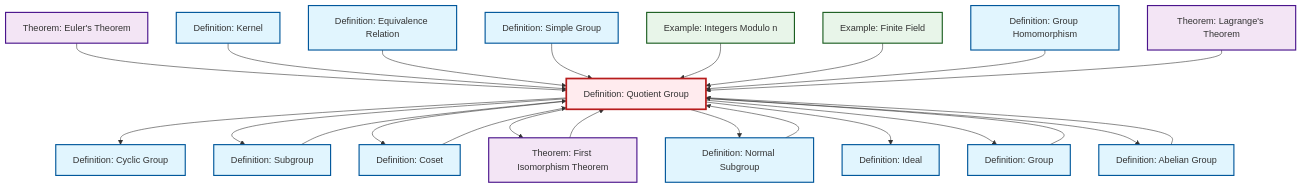
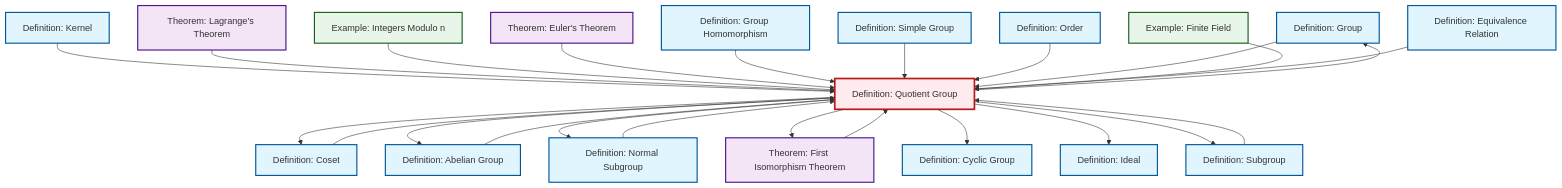
Before and after one commit to RK0429/ModernMath: the diagram in content/ja/algebra/def-quotient-group.qmd, drawn with Mermaid. The commit also changed other lines of this file and 36 other files, not shown here.

````diff
--- a/content/ja/algebra/def-quotient-group.qmd
+++ b/content/ja/algebra/def-quotient-group.qmd
@@ -146,65 +147,68 @@
 ```{mermaid}
 %%| fig-cap: "Local dependency graph"
 graph TD
     classDef definition fill:#e1f5fe,stroke:#01579b,stroke-width:2px
     classDef theorem fill:#f3e5f5,stroke:#4a148c,stroke-width:2px
     classDef axiom fill:#fff3e0,stroke:#e65100,stroke-width:2px
     classDef example fill:#e8f5e9,stroke:#1b5e20,stroke-width:2px
     classDef current fill:#ffebee,stroke:#b71c1c,stroke-width:3px
-    def-quotient-group["Definition: Quotient Group"]:::definition
-    ex-finite-field["Example: Finite Field"]:::example
-    def-kernel["Definition: Kernel"]:::definition
     def-ideal["Definition: Ideal"]:::definition
-    def-abelian-group["Definition: Abelian Group"]:::definition
-    def-subgroup["Definition: Subgroup"]:::definition
-    def-simple-group["Definition: Simple Group"]:::definition
-    def-cyclic-group["Definition: Cyclic Group"]:::definition
-    thm-euler["Theorem: Euler's Theorem"]:::theorem
+    def-group["Definition: Group"]:::definition
     ex-quotient-integers-mod-n["Example: Integers Modulo n"]:::example
-    def-group["Definition: Group"]:::definition
-    def-equivalence-relation["Definition: Equivalence Relation"]:::definition
-    def-normal-subgroup["Definition: Normal Subgroup"]:::definition
     def-homomorphism["Definition: Group Homomorphism"]:::definition
     def-coset["Definition: Coset"]:::definition
+    def-cyclic-group["Definition: Cyclic Group"]:::definition
+    thm-first-isomorphism["Theorem: First Isomorphism Theorem"]:::theorem
+    def-equivalence-relation["Definition: Equivalence Relation"]:::definition
+    def-quotient-group["Definition: Quotient Group"]:::definition
+    thm-euler["Theorem: Euler's Theorem"]:::theorem
+    def-subgroup["Definition: Subgroup"]:::definition
     thm-lagrange["Theorem: Lagrange's Theorem"]:::theorem
-    thm-first-isomorphism["Theorem: First Isomorphism Theorem"]:::theorem
+    def-order["Definition: Order"]:::definition
+    def-simple-group["Definition: Simple Group"]:::definition
+    def-kernel["Definition: Kernel"]:::definition
+    def-abelian-group["Definition: Abelian Group"]:::definition
+    ex-finite-field["Example: Finite Field"]:::example
+    def-normal-subgroup["Definition: Normal Subgroup"]:::definition
+    def-quotient-group --> def-coset
+    def-quotient-group --> def-abelian-group
+    def-kernel --> def-quotient-group
+    def-subgroup --> def-quotient-group
+    def-quotient-group --> def-normal-subgroup
+    thm-lagrange --> def-quotient-group
+    def-quotient-group --> thm-first-isomorphism
+    ex-quotient-integers-mod-n --> def-quotient-group
+    thm-euler --> def-quotient-group
+    def-homomorphism --> def-quotient-group
+    def-normal-subgroup --> def-quotient-group
+    def-simple-group --> def-quotient-group
+    def-order --> def-quotient-group
+    def-group --> def-quotient-group
+    ex-finite-field --> def-quotient-group
     def-coset --> def-quotient-group
     def-quotient-group --> def-cyclic-group
+    def-equivalence-relation --> def-quotient-group
+    def-quotient-group --> def-ideal
+    def-abelian-group --> def-quotient-group
+    def-quotient-group --> def-group
     def-quotient-group --> def-subgroup
-    thm-euler --> def-quotient-group
-    def-group --> def-quotient-group
-    def-quotient-group --> def-coset
-    def-quotient-group --> thm-first-isomorphism
-    def-subgroup --> def-quotient-group
     thm-first-isomorphism --> def-quotient-group
-    def-kernel --> def-quotient-group
-    def-equivalence-relation --> def-quotient-group
-    def-quotient-group --> def-normal-subgroup
-    def-simple-group --> def-quotient-group
-    ex-quotient-integers-mod-n --> def-quotient-group
-    def-quotient-group --> def-ideal
-    def-quotient-group --> def-group
-    ex-finite-field --> def-quotient-group
-    def-abelian-group --> def-quotient-group
-    def-quotient-group --> def-abelian-group
-    def-homomorphism --> def-quotient-group
-    def-normal-subgroup --> def-quotient-group
-    thm-lagrange --> def-quotient-group
     class def-quotient-group current
-    click ex-finite-field "ex-finite-field.html" "Example: Finite Fieldへ"
-    click def-kernel "def-kernel.html" "Definition: Kernelへ"
     click def-ideal "def-ideal.html" "Definition: Idealへ"
-    click def-abelian-group "def-abelian-group.html" "Definition: Abelian Groupへ"
-    click def-subgroup "def-subgroup.html" "Definition: Subgroupへ"
-    click def-simple-group "def-simple-group.html" "Definition: Simple Groupへ"
-    click def-cyclic-group "def-cyclic-group.html" "Definition: Cyclic Groupへ"
-    click thm-euler "thm-euler.html" "Theorem: Euler's Theoremへ"
+    click def-group "def-group.html" "Definition: Groupへ"
     click ex-quotient-integers-mod-n "ex-quotient-integers-mod-n.html" "Example: Integers Modulo nへ"
-    click def-group "def-group.html" "Definition: Groupへ"
-    click def-equivalence-relation "def-equivalence-relation.html" "Definition: Equivalence Relationへ"
-    click def-normal-subgroup "def-normal-subgroup.html" "Definition: Normal Subgroupへ"
     click def-homomorphism "def-homomorphism.html" "Definition: Group Homomorphismへ"
     click def-coset "def-coset.html" "Definition: Cosetへ"
+    click def-cyclic-group "def-cyclic-group.html" "Definition: Cyclic Groupへ"
+    click thm-first-isomorphism "thm-first-isomorphism.html" "Theorem: First Isomorphism Theoremへ"
+    click def-equivalence-relation "def-equivalence-relation.html" "Definition: Equivalence Relationへ"
+    click thm-euler "thm-euler.html" "Theorem: Euler's Theoremへ"
+    click def-subgroup "def-subgroup.html" "Definition: Subgroupへ"
     click thm-lagrange "thm-lagrange.html" "Theorem: Lagrange's Theoremへ"
-    click thm-first-isomorphism "thm-first-isomorphism.html" "Theorem: First Isomorphism Theoremへ"
+    click def-order "def-order.html" "Definition: Orderへ"
+    click def-simple-group "def-simple-group.html" "Definition: Simple Groupへ"
+    click def-kernel "def-kernel.html" "Definition: Kernelへ"
+    click def-abelian-group "def-abelian-group.html" "Definition: Abelian Groupへ"
+    click ex-finite-field "ex-finite-field.html" "Example: Finite Fieldへ"
+    click def-normal-subgroup "def-normal-subgroup.html" "Definition: Normal Subgroupへ"
 ```
````
